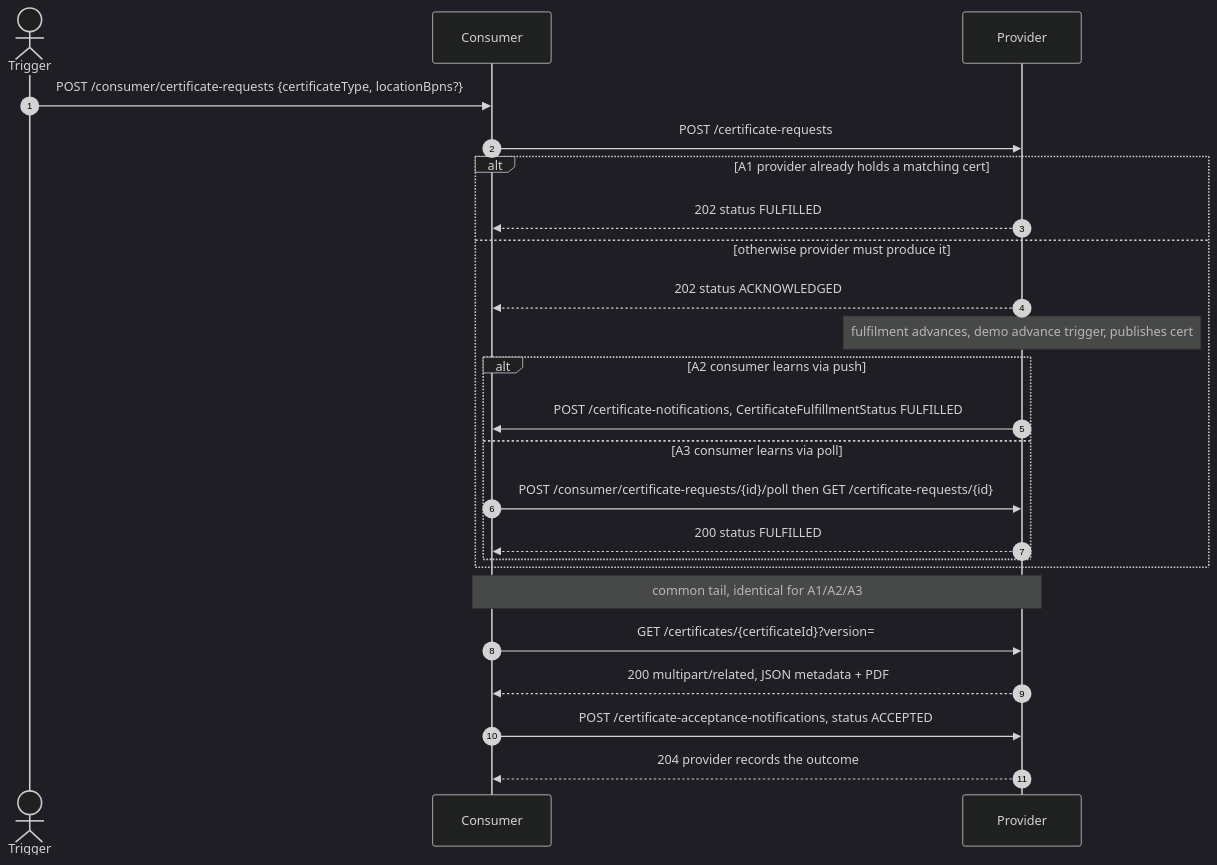
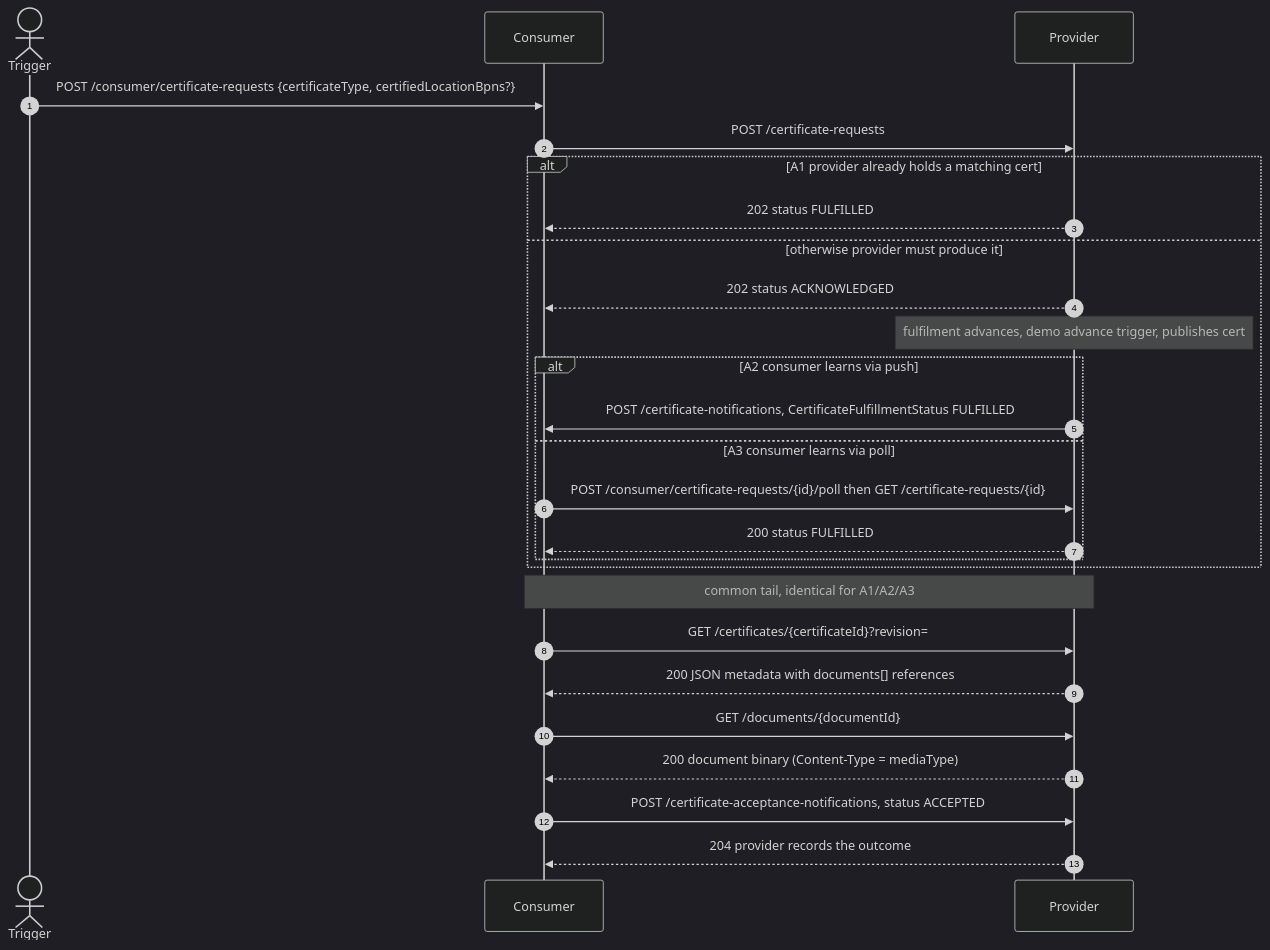
The second of 5 diagrams in docs/FLOWS.md (Metaform/certo), drawn with Mermaid (dark theme) before and after one commit. The commit also changed other lines of this file and 50 other files, not shown here.

````diff
--- a/docs/FLOWS.md
+++ b/docs/FLOWS.md
@@ -83,26 +84,28 @@
 ```mermaid
 sequenceDiagram
     autonumber
     actor T as Trigger
     participant C as Consumer
     participant P as Provider
-    T->>C: POST /consumer/certificate-requests {certificateType, locationBpns?}
+    T->>C: POST /consumer/certificate-requests {certificateType, certifiedLocationBpns?}
     C->>P: POST /certificate-requests
     alt A1 provider already holds a matching cert
         P-->>C: 202 status FULFILLED
     else otherwise provider must produce it
         P-->>C: 202 status ACKNOWLEDGED
         Note over P: fulfilment advances, demo advance trigger, publishes cert
         alt A2 consumer learns via push
             P->>C: POST /certificate-notifications, CertificateFulfillmentStatus FULFILLED
         else A3 consumer learns via poll
             C->>P: POST /consumer/certificate-requests/{id}/poll then GET /certificate-requests/{id}
             P-->>C: 200 status FULFILLED
         end
     end
     Note over C,P: common tail, identical for A1/A2/A3
-    C->>P: GET /certificates/{certificateId}?version=
-    P-->>C: 200 multipart/related, JSON metadata + PDF
+    C->>P: GET /certificates/{certificateId}?revision=
+    P-->>C: 200 JSON metadata with documents[] references
+    C->>P: GET /documents/{documentId}
+    P-->>C: 200 document binary (Content-Type = mediaType)
     C->>P: POST /certificate-acceptance-notifications, status ACCEPTED
     P-->>C: 204 provider records the outcome
 ```
````
